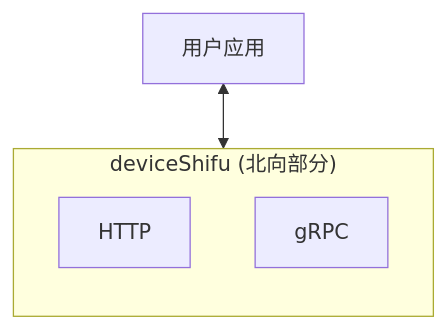
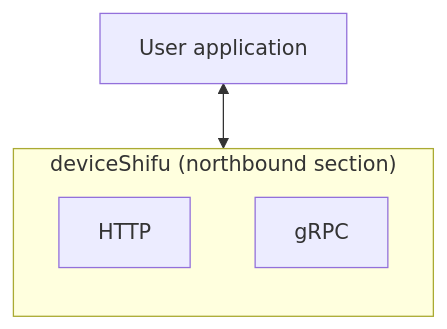
The second of 2 diagrams in i18n/en/docusaurus-plugin-content-docs/current/shifu-architecture/shifu-plane-data.md (Edgenesis/shifu.dev), drawn with Mermaid before and after one commit. The commit also changed other lines of this file and 3 other files, not shown here.

Commit message:
complete 1 shifu-architecture

````diff
--- a/i18n/en/docusaurus-plugin-content-docs/current/shifu-architecture/shifu-plane-data.md
+++ b/i18n/en/docusaurus-plugin-content-docs/current/shifu-architecture/shifu-plane-data.md
@@ -26,8 +29,8 @@
 ```mermaid
     flowchart BT
-    subgraph sg-ds["deviceShifu (北向部分)"]
+    subgraph sg-ds["deviceShifu (northbound section)"]
     http[HTTP]
     grpc[gRPC]
     end
-    sg-ds<-->ua[用户应用]
+    sg-ds<-->ua[User application]
 ```
````
